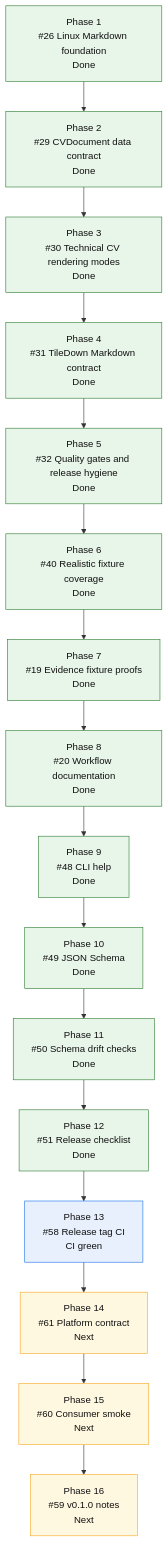
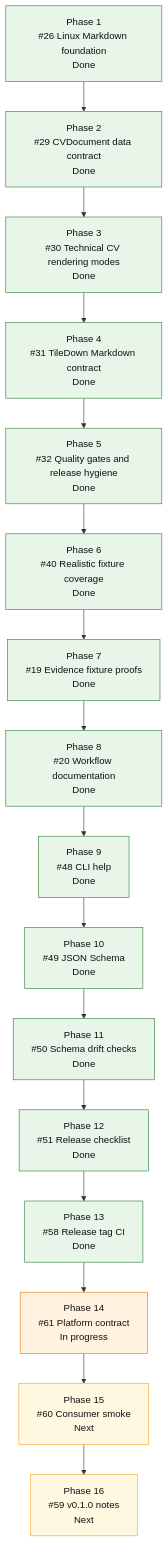
One commit to mihaelamj/cvbuilder changed the diagram in README.md. Above: the diagram before and after it, drawn with Mermaid. The commit also changed other lines of this file and 8 other files, not shown here.

````diff
--- a/README.md
+++ b/README.md
@@ -167,32 +167,32 @@
 ```mermaid
 flowchart TD
     P1["Phase 1<br/>#26 Linux Markdown foundation<br/>Done"]
     P2["Phase 2<br/>#29 CVDocument data contract<br/>Done"]
     P3["Phase 3<br/>#30 Technical CV rendering modes<br/>Done"]
     P4["Phase 4<br/>#31 TileDown Markdown contract<br/>Done"]
     P5["Phase 5<br/>#32 Quality gates and release hygiene<br/>Done"]
     P6["Phase 6<br/>#40 Realistic fixture coverage<br/>Done"]
     P7["Phase 7<br/>#19 Evidence fixture proofs<br/>Done"]
     P8["Phase 8<br/>#20 Workflow documentation<br/>Done"]
     P9["Phase 9<br/>#48 CLI help<br/>Done"]
     P10["Phase 10<br/>#49 JSON Schema<br/>Done"]
     P11["Phase 11<br/>#50 Schema drift checks<br/>Done"]
     P12["Phase 12<br/>#51 Release checklist<br/>Done"]
-    P13["Phase 13<br/>#58 Release tag CI<br/>CI green"]
-    P14["Phase 14<br/>#61 Platform contract<br/>Next"]
+    P13["Phase 13<br/>#58 Release tag CI<br/>Done"]
+    P14["Phase 14<br/>#61 Platform contract<br/>In progress"]
     P15["Phase 15<br/>#60 Consumer smoke<br/>Next"]
     P16["Phase 16<br/>#59 v0.1.0 notes<br/>Next"]
 
     P1 --> P2 --> P3 --> P4 --> P5 --> P6 --> P7 --> P8 --> P9 --> P10 --> P11 --> P12 --> P13 --> P14 --> P15 --> P16
 
     classDef done fill:#e8f5e9,stroke:#2e7d32,color:#111;
     classDef active fill:#fff3e0,stroke:#ef6c00,color:#111;
     classDef review fill:#e8f0fe,stroke:#1a73e8,color:#111;
     classDef next fill:#fff8e1,stroke:#f9a825,color:#111;
     classDef partial fill:#e0f7fa,stroke:#00838f,color:#111;
     classDef todo fill:#eef3ff,stroke:#3367d6,color:#111;
     class P1,P2,P3,P4 done;
-    class P5,P6,P7,P8,P9,P10,P11,P12 done;
-    class P13 review;
-    class P14,P15,P16 next;
+    class P5,P6,P7,P8,P9,P10,P11,P12,P13 done;
+    class P14 active;
+    class P15,P16 next;
 ```
````
